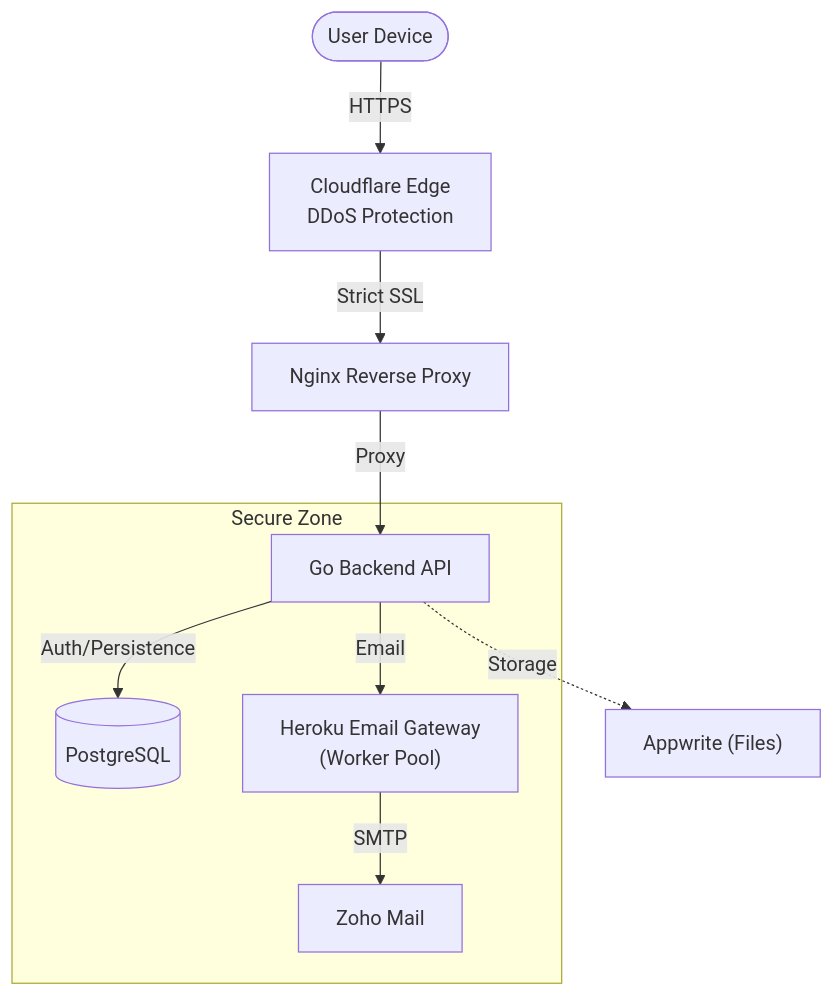
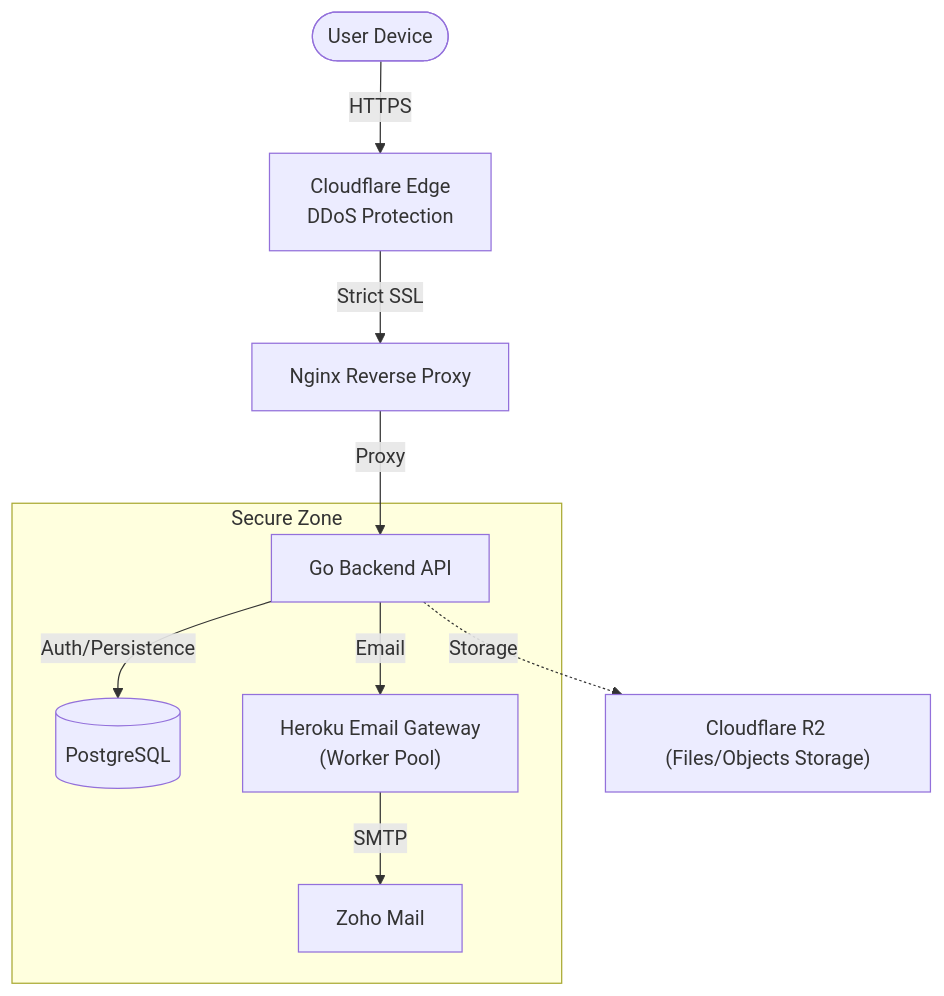
One commit to wpbasket/chatbasket_backend changed the diagram in README.md. Above: the diagram before and after it, drawn with Mermaid. The commit also changed other lines of this file, not shown here.

Commit message:
docs: update project documentation to reflect Go 1.26.4, architecture refinements, E2E encryption, and infrastructure migrations.

````diff
--- a/README.md
+++ b/README.md
@@ -28,14 +28,14 @@
 ```mermaid
 graph TD
     User(["User Device"]) -->|HTTPS| CF["Cloudflare Edge<br>DDoS Protection"]
     CF -->|Strict SSL| Nginx["Nginx Reverse Proxy"]
     Nginx -->|Proxy| API["Go Backend API"]
     
     subgraph "Secure Zone"
     API -->|Auth/Persistence| DB[("PostgreSQL")]
     API -->|Email| Gateway["Heroku Email Gateway<br>(Worker Pool)"]
     Gateway -->|SMTP| Zoho["Zoho Mail"]
     end
 
-    API -.->|Storage| Appwrite["Appwrite (Files)"]
+    API -.->|Storage| R2["Cloudflare R2 (Files/Objects Storage)"]
 ```
````
